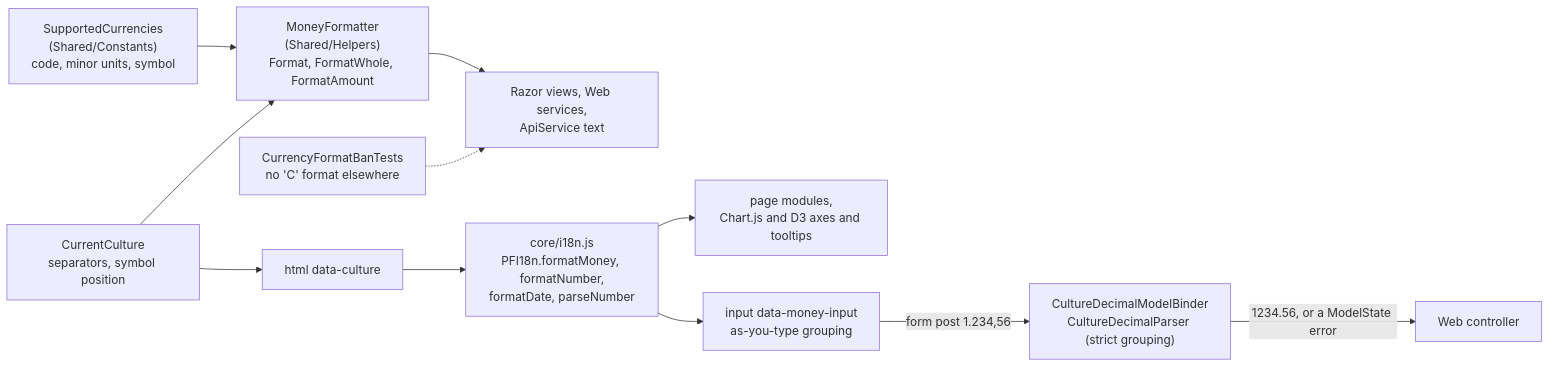
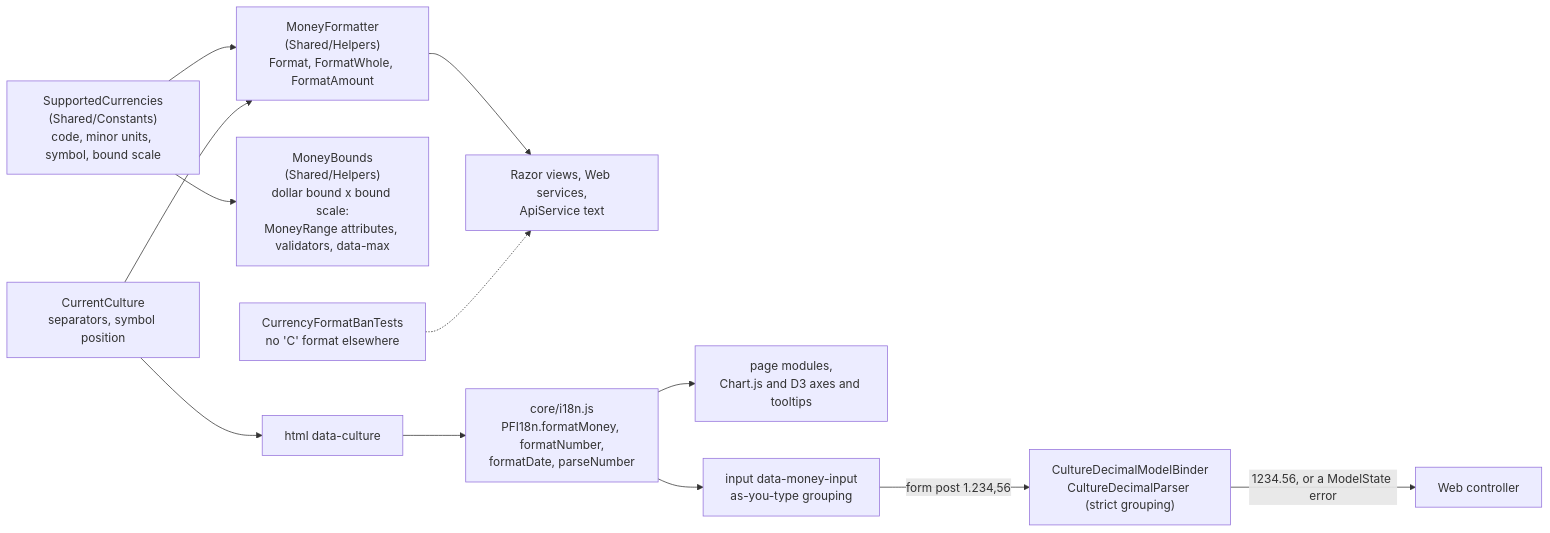
One commit to tngo0508/PersonalFinance changed diagram 23 of 28 in docs/DIAGRAMS.md. Above: the diagram before and after it, drawn with Mermaid. The commit also changed 35 other files, not shown here.

First line of the commit message:
Scale money range limits to the currency of the amount (12.6.0)

````diff
--- a/docs/DIAGRAMS.md
+++ b/docs/DIAGRAMS.md
@@ -1292,12 +1292,13 @@
 ```mermaid
 flowchart LR
-    cur["SupportedCurrencies<br/>(Shared/Constants)<br/>code, minor units, symbol"] --> mf["MoneyFormatter<br/>(Shared/Helpers)<br/>Format, FormatWhole, FormatAmount"]
+    cur["SupportedCurrencies<br/>(Shared/Constants)<br/>code, minor units, symbol, bound scale"] --> mf["MoneyFormatter<br/>(Shared/Helpers)<br/>Format, FormatWhole, FormatAmount"]
+    cur --> mb["MoneyBounds<br/>(Shared/Helpers)<br/>dollar bound x bound scale:<br/>MoneyRange attributes, validators, data-max"]
     cul["CurrentCulture<br/>separators, symbol position"] --> mf
     mf --> views["Razor views, Web services,<br/>ApiService text"]
     ban["CurrencyFormatBanTests<br/>no 'C' format elsewhere"] -.-> views
     cul --> html["html data-culture"] --> pfi2["core/i18n.js<br/>PFI18n.formatMoney, formatNumber,<br/>formatDate, parseNumber"]
     pfi2 --> charts["page modules,<br/>Chart.js and D3 axes and tooltips"]
     pfi2 --> input["input data-money-input<br/>as-you-type grouping"]
     input -- "form post 1.234,56" --> bind["CultureDecimalModelBinder<br/>CultureDecimalParser (strict grouping)"]
     bind -- "1234.56, or a ModelState error" --> ctrl["Web controller"]
 ```
````
